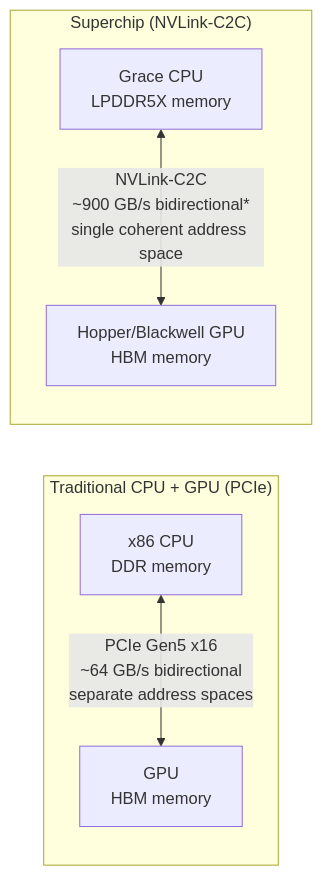
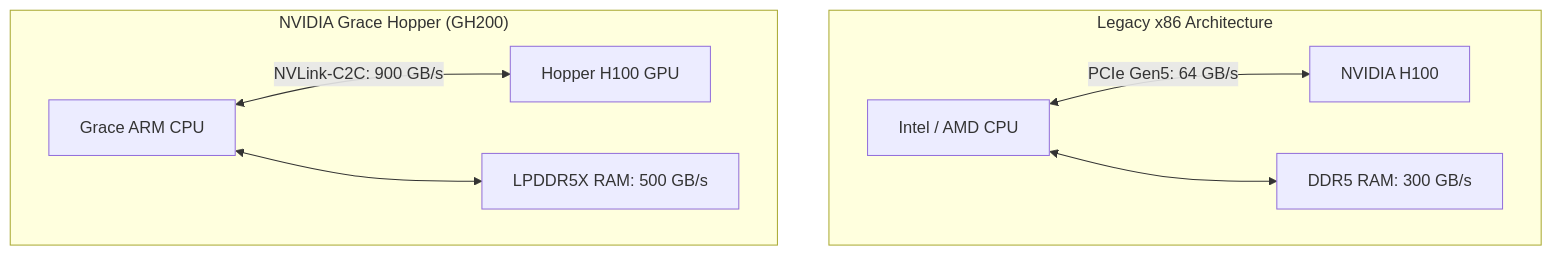
Before and after one commit to jithinpnjm/nvidia-devops: the diagram in docs/nvidia-zero-to-hero/volume-04/chapter-07-grace-cpu-and-superchips.md, drawn with Mermaid. The commit also changed other lines of this file and 9 other files, not shown here.

Commit message:
feat(docs): drastically upgrade Volume 4 Chapters 1-7 to Senior Architect level while preserving exact file structure

````diff
--- a/docs/nvidia-zero-to-hero/volume-04/chapter-07-grace-cpu-and-superchips.md
+++ b/docs/nvidia-zero-to-hero/volume-04/chapter-07-grace-cpu-and-superchips.md
@@ -52,14 +59,12 @@
 ```mermaid
-flowchart LR
-    subgraph PCIe["Traditional CPU + GPU (PCIe)"]
-        CPU1[x86 CPU<br/>DDR memory]
-        GPU1[GPU<br/>HBM memory]
-        CPU1 <-->|"PCIe Gen5 x16<br/>~64 GB/s bidirectional<br/>separate address spaces"| GPU1
+flowchart TD
+    subgraph "Legacy x86 Architecture"
+        x86[Intel / AMD CPU] <-->|PCIe Gen5: 64 GB/s| GPU_x[NVIDIA H100]
+        x86 <--> DDR[DDR5 RAM: 300 GB/s]
     end
-
-    subgraph C2C["Superchip (NVLink-C2C)"]
-        CPU2[Grace CPU<br/>LPDDR5X memory]
-        GPU2[Hopper/Blackwell GPU<br/>HBM memory]
-        CPU2 <-->|"NVLink-C2C<br/>~900 GB/s bidirectional*<br/>single coherent address space"| GPU2
+    
+    subgraph "NVIDIA Grace Hopper (GH200)"
+        Grace[Grace ARM CPU] <-->|NVLink-C2C: 900 GB/s| Hopper[Hopper H100 GPU]
+        Grace <--> LPDDR[LPDDR5X RAM: 500 GB/s]
     end
 ```
````
